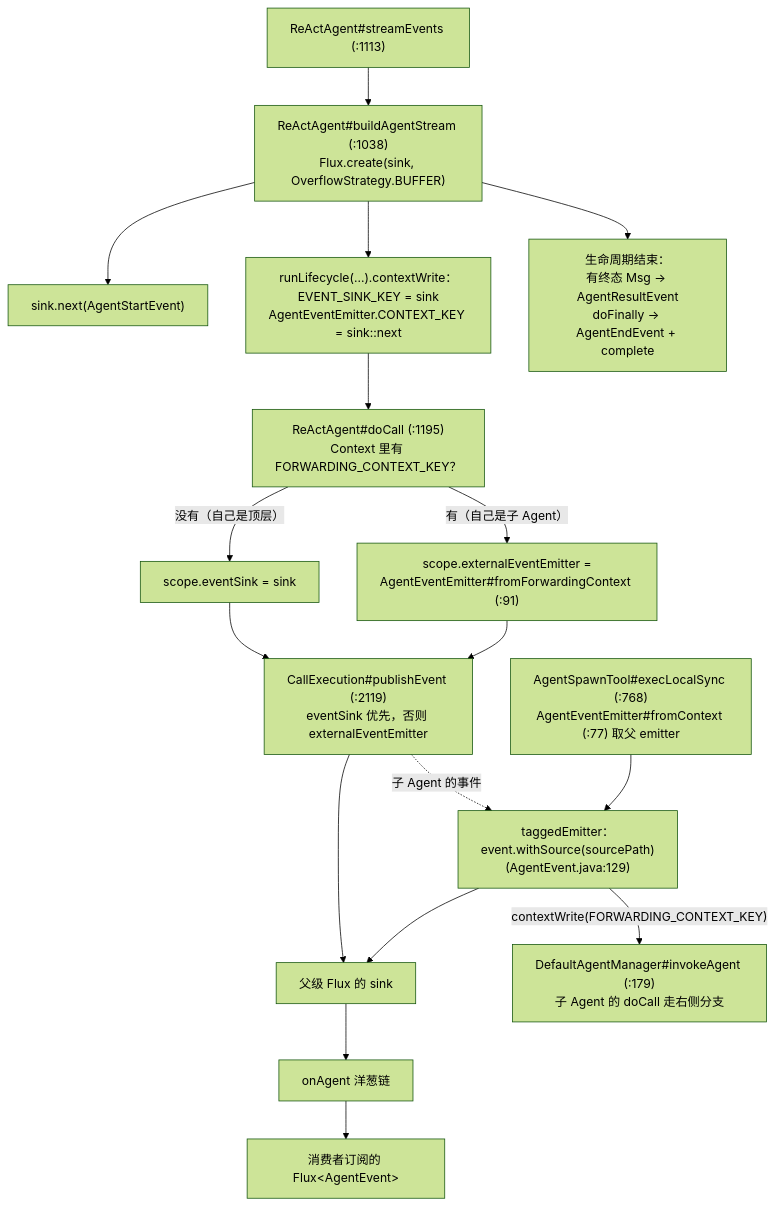
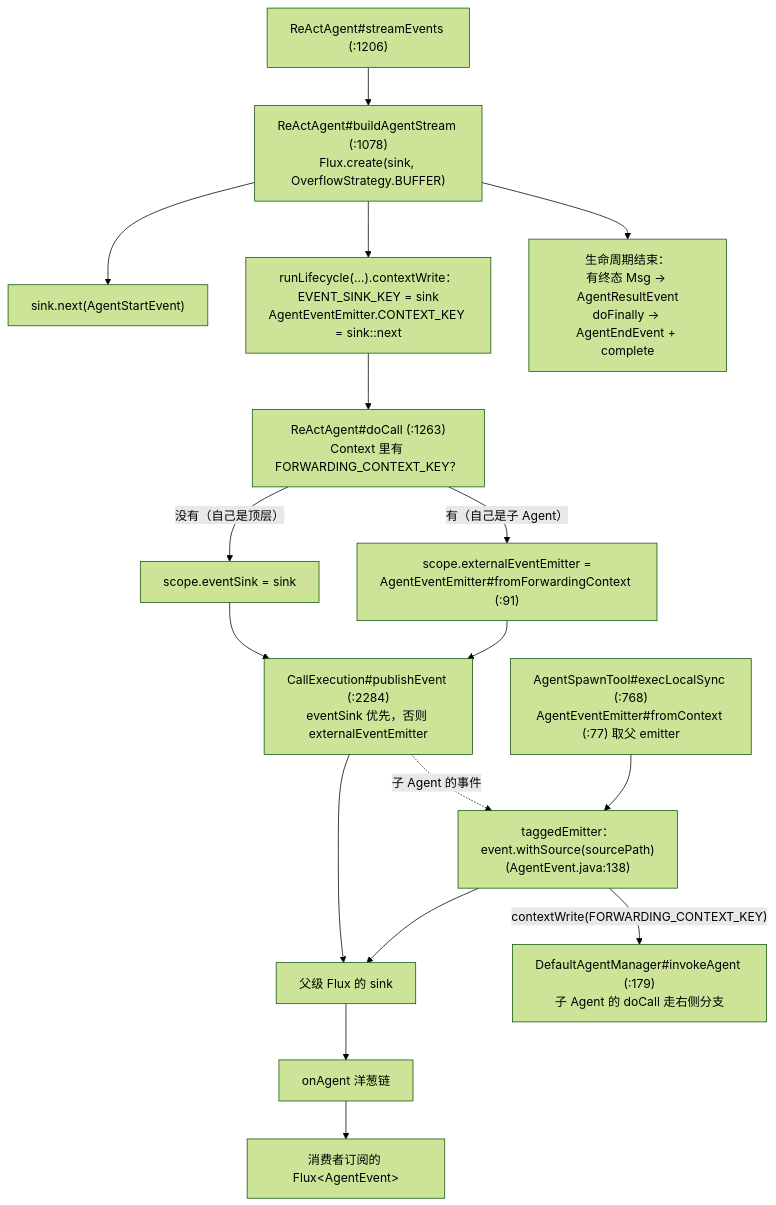
The fourth of 4 diagrams in 06-Middleware与事件流.md (liulangjietou/AgentScope-source-analysis), drawn with Mermaid (forest theme) before and after one commit. The commit also changed other lines of this file, not shown here.

Commit message:
docs(ch06): sync middleware and event stream to upstream main 91550713

````diff
--- a/06-Middleware与事件流.md
+++ b/06-Middleware与事件流.md
@@ -199,18 +212,18 @@
 ```mermaid
 flowchart TB
-    SE["ReActAgent#streamEvents (:1113)"] --> BAS["ReActAgent#buildAgentStream (:1038)<br/>Flux.create(sink, OverflowStrategy.BUFFER)"]
+    SE["ReActAgent#streamEvents (:1206)"] --> BAS["ReActAgent#buildAgentStream (:1078)<br/>Flux.create(sink, OverflowStrategy.BUFFER)"]
     BAS --> START["sink.next(AgentStartEvent)"]
     BAS --> CW["runLifecycle(...).contextWrite：<br/>EVENT_SINK_KEY = sink<br/>AgentEventEmitter.CONTEXT_KEY = sink::next"]
-    CW --> DC["ReActAgent#doCall (:1195)<br/>Context 里有 FORWARDING_CONTEXT_KEY？"]
+    CW --> DC["ReActAgent#doCall (:1263)<br/>Context 里有 FORWARDING_CONTEXT_KEY？"]
     DC -->|"没有（自己是顶层）"| BIND1["scope.eventSink = sink"]
     DC -->|"有（自己是子 Agent）"| BIND2["scope.externalEventEmitter =<br/>AgentEventEmitter#fromForwardingContext (:91)"]
-    BIND1 --> PUB["CallExecution#publishEvent (:2119)<br/>eventSink 优先，否则 externalEventEmitter"]
+    BIND1 --> PUB["CallExecution#publishEvent (:2284)<br/>eventSink 优先，否则 externalEventEmitter"]
     BIND2 --> PUB
     PUB --> SINK["父级 Flux 的 sink"]
     PUB -.->|"子 Agent 的事件"| TAG
-    SPAWN["AgentSpawnTool#execLocalSync (:768)<br/>AgentEventEmitter#fromContext (:77) 取父 emitter"] --> TAG["taggedEmitter：event.withSource(sourcePath)<br/>(AgentEvent.java:129)"]
+    SPAWN["AgentSpawnTool#execLocalSync (:768)<br/>AgentEventEmitter#fromContext (:77) 取父 emitter"] --> TAG["taggedEmitter：event.withSource(sourcePath)<br/>(AgentEvent.java:138)"]
     TAG -->|"contextWrite(FORWARDING_CONTEXT_KEY)"| CHILD["DefaultAgentManager#invokeAgent (:179)<br/>子 Agent 的 doCall 走右侧分支"]
     TAG --> SINK
     BAS --> DONE["生命周期结束：<br/>有终态 Msg → AgentResultEvent<br/>doFinally → AgentEndEvent + complete"]
     SINK --> MW["onAgent 洋葱链"] --> CONSUMER["消费者订阅的 Flux&lt;AgentEvent&gt;"]
 ```
````
